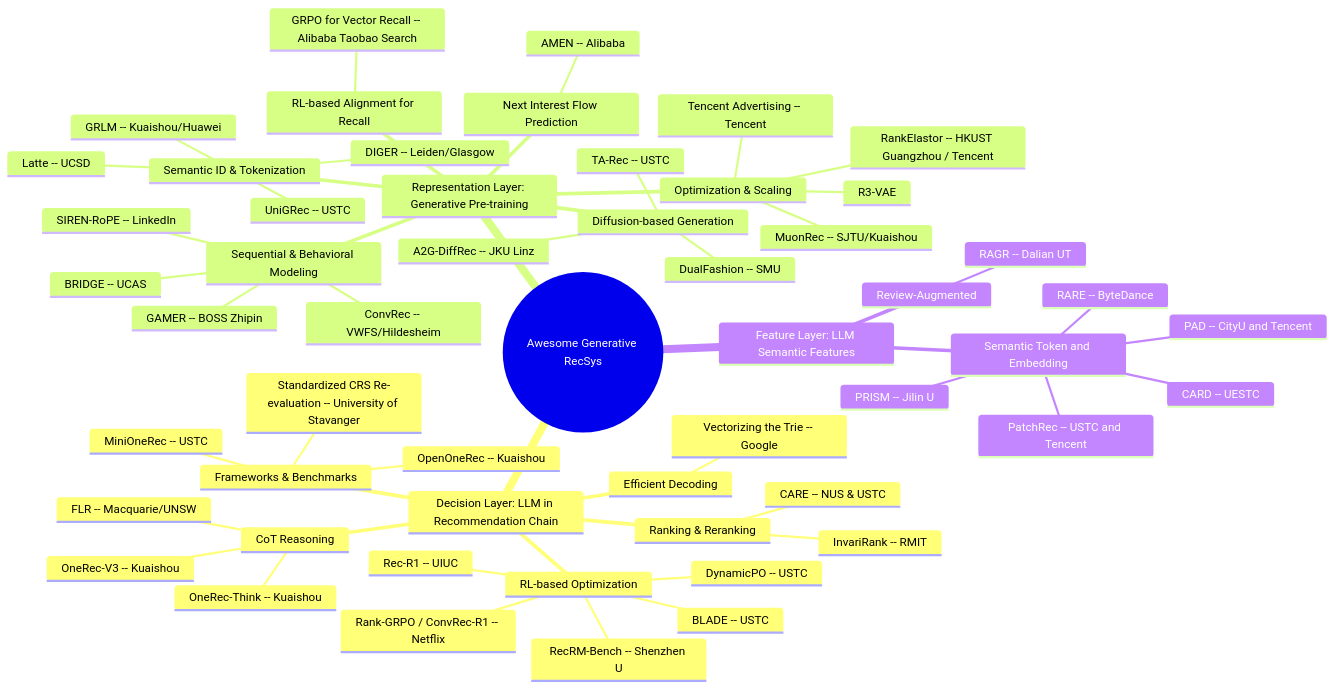
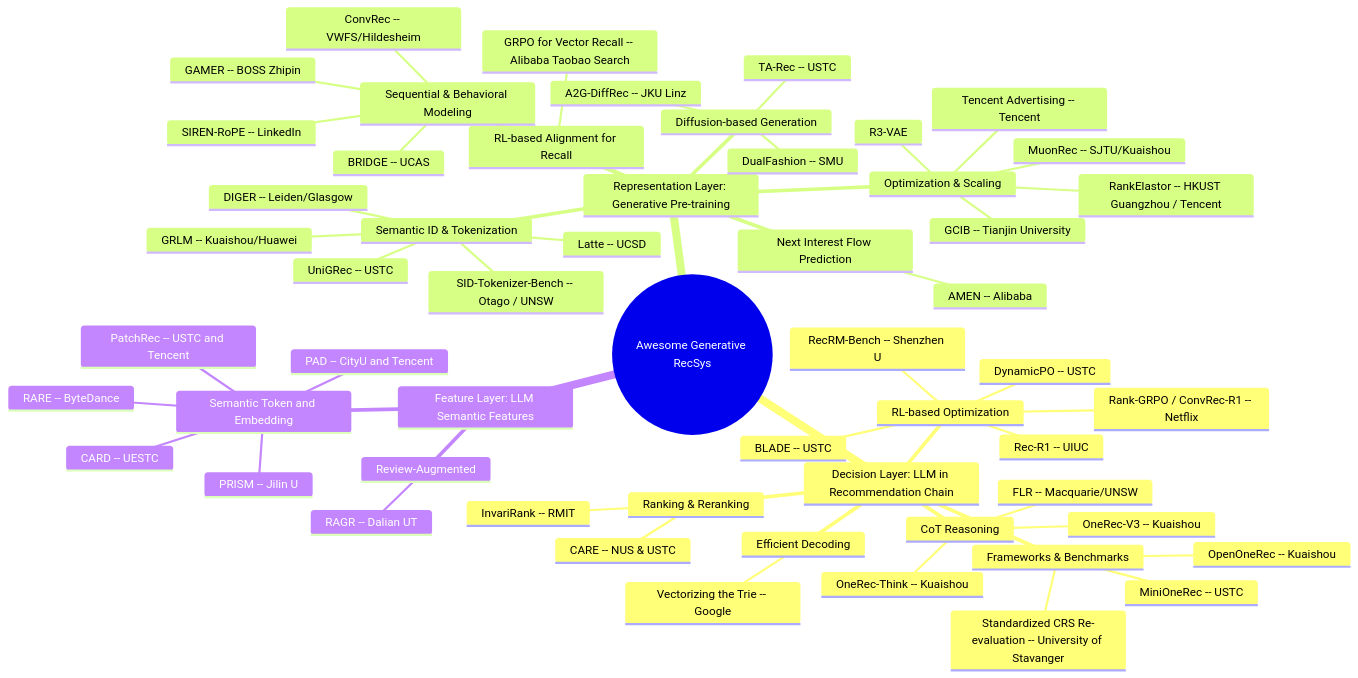
The diagram in README.md (HaFred/awesome-generative-recsys), drawn with Mermaid before and after one commit. The commit also changed other lines of this file, not shown here.

Commit message:
feat: 6 papers May 26 (DeGRe KDD2026 generative reranking Alibaba, SID tokenizer reliability Otago, QGS Alibaba/USTC, Memento Meta RAG, SIREN Tencent multimodal, GCIB ICML2026)

````diff
--- a/README.md
+++ b/README.md
@@ -6,57 +6,59 @@
 ```mermaid
 mindmap
   root((Awesome Generative RecSys))
     Decision Layer: LLM in Recommendation Chain
       CoT Reasoning
         OneRec-Think -- Kuaishou
         OneRec-V3 -- Kuaishou
         FLR -- Macquarie/UNSW
       RL-based Optimization
         Rank-GRPO / ConvRec-R1 -- Netflix
         Rec-R1 -- UIUC
         DynamicPO -- USTC
         RecRM-Bench -- Shenzhen U
         BLADE -- USTC
       Ranking & Reranking
         CARE -- NUS & USTC
         InvariRank -- RMIT
       Frameworks & Benchmarks
         Standardized CRS Re-evaluation -- University of Stavanger
         OpenOneRec -- Kuaishou
         MiniOneRec -- USTC
       Efficient Decoding
         Vectorizing the Trie -- Google
     Representation Layer: Generative Pre-training
       Semantic ID & Tokenization
         Latte -- UCSD
         DIGER -- Leiden/Glasgow
         UniGRec -- USTC
         GRLM -- Kuaishou/Huawei
+        SID-Tokenizer-Bench -- Otago / UNSW
       Next Interest Flow Prediction
         AMEN -- Alibaba
       RL-based Alignment for Recall
         GRPO for Vector Recall -- Alibaba Taobao Search
       Diffusion-based Generation
         A2G-DiffRec -- JKU Linz
         TA-Rec -- USTC
         DualFashion -- SMU
       Sequential & Behavioral Modeling
         GAMER -- BOSS Zhipin
         SIREN-RoPE -- LinkedIn
         ConvRec -- VWFS/Hildesheim
         BRIDGE -- UCAS
       Optimization & Scaling
         MuonRec -- SJTU/Kuaishou
         R3-VAE
         Tencent Advertising -- Tencent
         RankElastor -- HKUST Guangzhou / Tencent
+        GCIB -- Tianjin University
     Feature Layer: LLM Semantic Features
       Semantic Token and Embedding
         PatchRec -- USTC and Tencent
         PAD -- CityU and Tencent
         RARE -- ByteDance
         CARD -- UESTC
         PRISM -- Jilin U
       Review-Augmented
         RAGR -- Dalian UT
 ```
````
